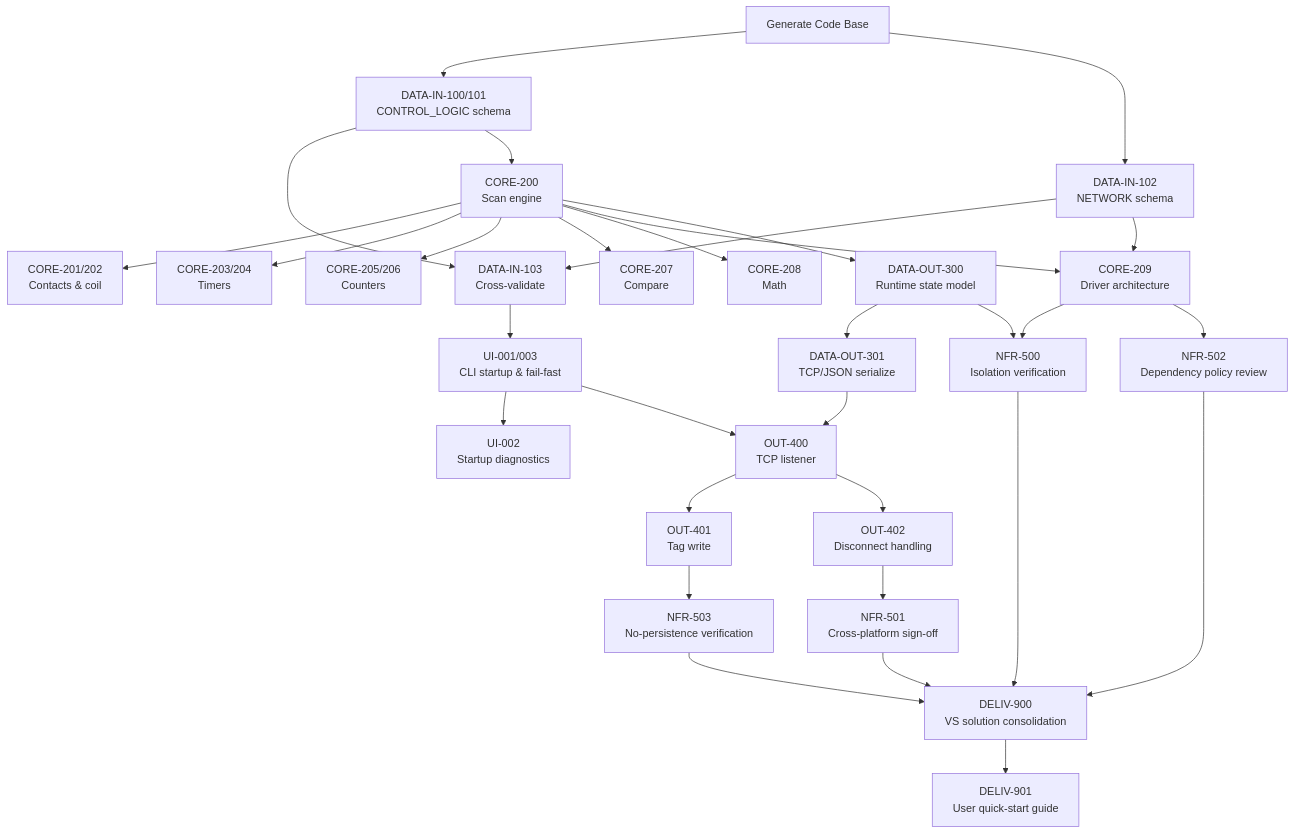
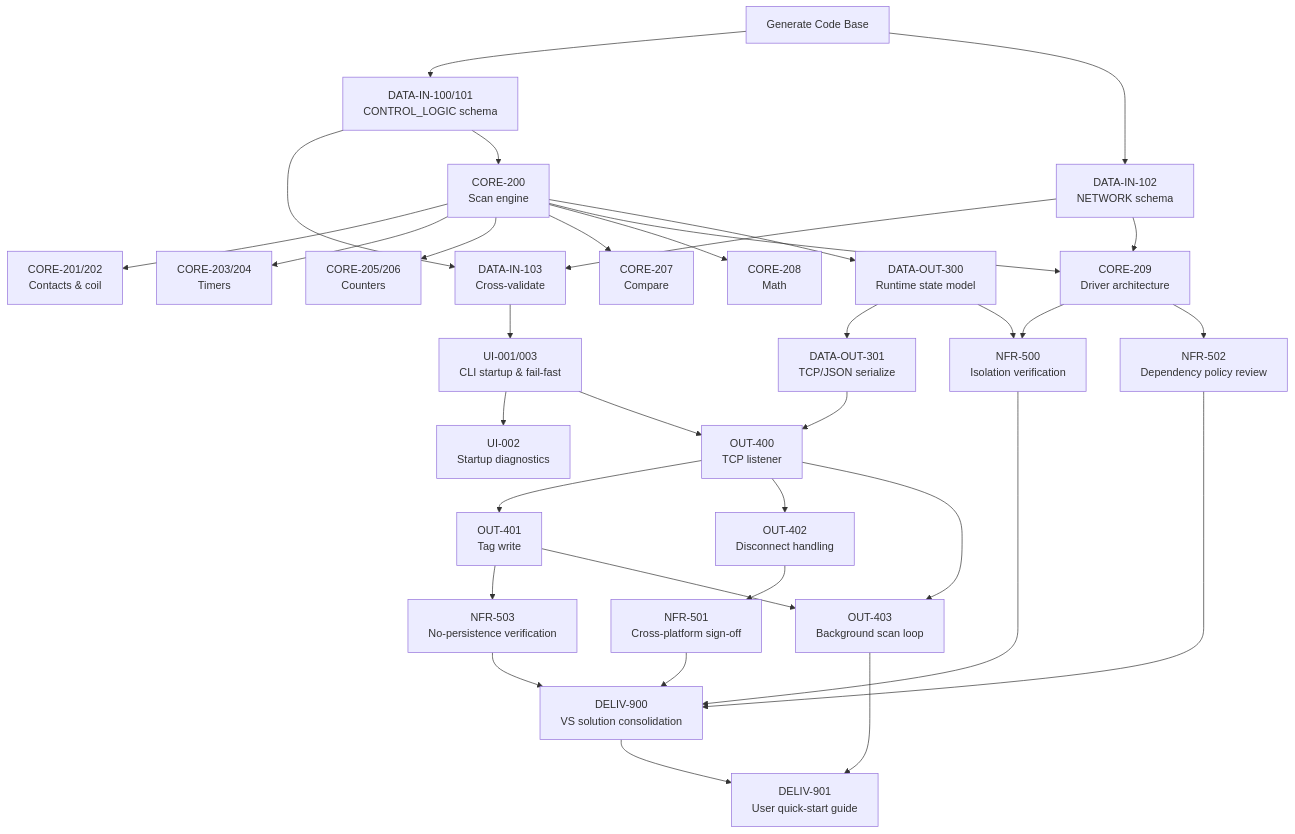
One commit to Holosim/PLC_Emulator changed the diagram in docs/IMPLEMENTATION_PLAN.md. Above: the diagram before and after it, drawn with Mermaid. The commit also changed other lines of this file and 2 other files, not shown here.

First line of the commit message:
Add OUT-403 (background scan loop) after DELIV-901 uncovered the gap

````diff
--- a/docs/IMPLEMENTATION_PLAN.md
+++ b/docs/IMPLEMENTATION_PLAN.md
@@ -94,33 +107,36 @@
 ```mermaid
 graph TD
     GCB[Generate Code Base] --> DI100["DATA-IN-100/101<br/>CONTROL_LOGIC schema"]
     GCB --> DI102["DATA-IN-102<br/>NETWORK schema"]
     DI100 --> DI103["DATA-IN-103<br/>Cross-validate"]
     DI102 --> DI103
     DI100 --> C200["CORE-200<br/>Scan engine"]
     C200 --> C201["CORE-201/202<br/>Contacts & coil"]
     C200 --> C203["CORE-203/204<br/>Timers"]
     C200 --> C205["CORE-205/206<br/>Counters"]
     C200 --> C207["CORE-207<br/>Compare"]
     C200 --> C208["CORE-208<br/>Math"]
     C200 --> C209["CORE-209<br/>Driver architecture"]
     DI102 --> C209
     DI103 --> UI001["UI-001/003<br/>CLI startup & fail-fast"]
     UI001 --> UI002["UI-002<br/>Startup diagnostics"]
     C200 --> DO300["DATA-OUT-300<br/>Runtime state model"]
     DO300 --> DO301["DATA-OUT-301<br/>TCP/JSON serialize"]
     DO301 --> OUT400["OUT-400<br/>TCP listener"]
     UI001 --> OUT400
     OUT400 --> OUT401["OUT-401<br/>Tag write"]
     OUT400 --> OUT402["OUT-402<br/>Disconnect handling"]
     C209 --> NFR500["NFR-500<br/>Isolation verification"]
     DO300 --> NFR500
     OUT402 --> NFR501["NFR-501<br/>Cross-platform sign-off"]
     C209 --> NFR502["NFR-502<br/>Dependency policy review"]
     OUT401 --> NFR503["NFR-503<br/>No-persistence verification"]
     NFR500 --> DELIV900["DELIV-900<br/>VS solution consolidation"]
     NFR501 --> DELIV900
     NFR502 --> DELIV900
     NFR503 --> DELIV900
     DELIV900 --> DELIV901["DELIV-901<br/>User quick-start guide"]
+    OUT400 --> OUT403["OUT-403<br/>Background scan loop"]
+    OUT401 --> OUT403
+    OUT403 --> DELIV901
 ```
````
